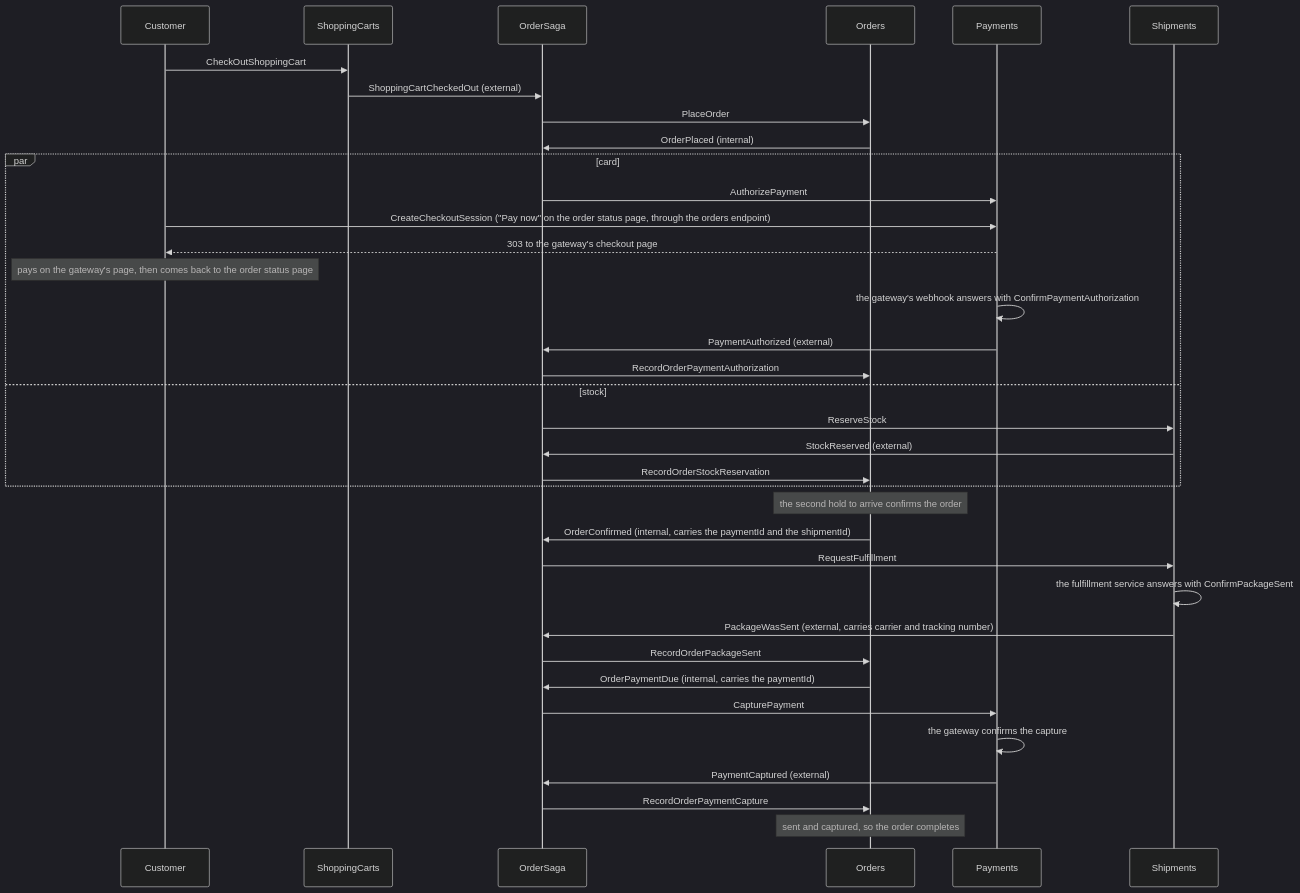
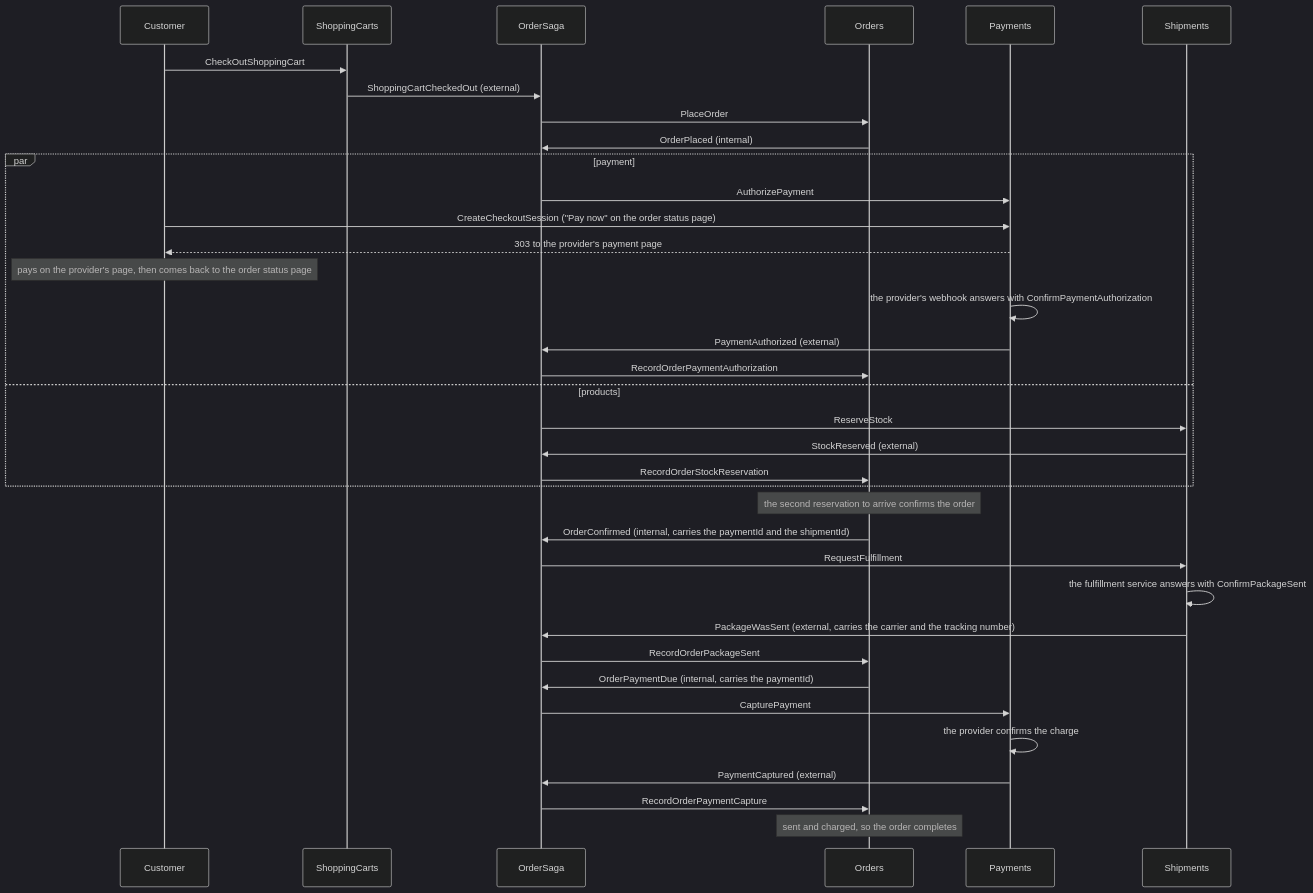
One commit to oskardudycz/EventSourcing.JVM changed the third of 5 diagrams in samples/distributed-processes/README.md. Above: the diagram before and after it, drawn with Mermaid (dark theme). The commit also changed other lines of this file and 124 other files, not shown here.

Commit message:
Added the how to and improved the example flow

````diff
--- a/samples/distributed-processes/README.md
+++ b/samples/distributed-processes/README.md
@@ -288,43 +322,43 @@
 ```mermaid
 sequenceDiagram
     participant Customer
     participant Cart as ShoppingCarts
     participant Process as OrderSaga
     participant Order as Orders
     participant Pay as Payments
     participant Ship as Shipments
 
     Customer->>Cart: CheckOutShoppingCart
     Cart->>Process: ShoppingCartCheckedOut (external)
     Process->>Order: PlaceOrder
     Order->>Process: OrderPlaced (internal)
 
-    par card
+    par payment
         Process->>Pay: AuthorizePayment
-        Customer->>Pay: CreateCheckoutSession ("Pay now" on the order status page, through the orders endpoint)
-        Pay-->>Customer: 303 to the gateway's checkout page
-        Note over Customer: pays on the gateway's page, then comes back to the order status page
-        Pay->>Pay: the gateway's webhook answers with ConfirmPaymentAuthorization
+        Customer->>Pay: CreateCheckoutSession ("Pay now" on the order status page)
+        Pay-->>Customer: 303 to the provider's payment page
+        Note over Customer: pays on the provider's page, then comes back to the order status page
+        Pay->>Pay: the provider's webhook answers with ConfirmPaymentAuthorization
         Pay->>Process: PaymentAuthorized (external)
         Process->>Order: RecordOrderPaymentAuthorization
-    and stock
+    and products
         Process->>Ship: ReserveStock
         Ship->>Process: StockReserved (external)
         Process->>Order: RecordOrderStockReservation
     end
 
-    Note over Order: the second hold to arrive confirms the order
+    Note over Order: the second reservation to arrive confirms the order
     Order->>Process: OrderConfirmed (internal, carries the paymentId and the shipmentId)
 
     Process->>Ship: RequestFulfillment
     Ship->>Ship: the fulfillment service answers with ConfirmPackageSent
-    Ship->>Process: PackageWasSent (external, carries carrier and tracking number)
+    Ship->>Process: PackageWasSent (external, carries the carrier and the tracking number)
     Process->>Order: RecordOrderPackageSent
     Order->>Process: OrderPaymentDue (internal, carries the paymentId)
     Process->>Pay: CapturePayment
-    Pay->>Pay: the gateway confirms the capture
+    Pay->>Pay: the provider confirms the charge
     Pay->>Process: PaymentCaptured (external)
     Process->>Order: RecordOrderPaymentCapture
 
-    Note over Order: sent and captured, so the order completes
+    Note over Order: sent and charged, so the order completes
 ```
````
